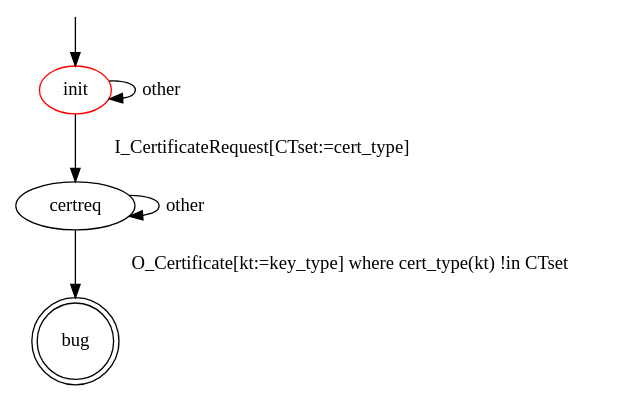
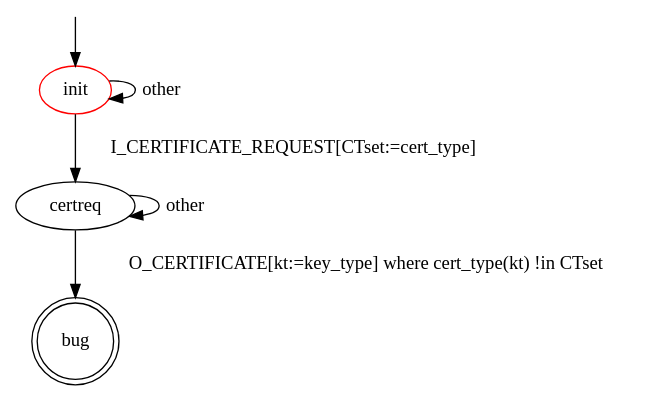
Before and after one commit to assist-project/state-machine-bug-finder: the diagram in src/main/resources/patterns/dtls/client/parametric/wrong_certificate_type.dot, drawn with Graphviz. The commit also changed 53 other files, not shown here.

```diff
--- a/src/main/resources/patterns/dtls/client/parametric/wrong_certificate_type.dot
+++ b/src/main/resources/patterns/dtls/client/parametric/wrong_certificate_type.dot
@@ -1,14 +1,14 @@
 digraph G {
 label=""
 init [color="red"]
 bug [shape="doublecircle"]
 
-init -> certreq [label="I_CertificateRequest[CTset:=cert_type]"]
+init -> certreq [label="I_CERTIFICATE_REQUEST[CTset:=cert_type]"]
 init -> init [label="other"]
 
 certreq -> certreq [label="other"]
-certreq -> bug [label="O_Certificate[kt:=key_type] where cert_type(kt) !in CTset"]
+certreq -> bug [label="O_CERTIFICATE[kt:=key_type] where cert_type(kt) !in CTset"]
 
 __start0 [label="" shape="none" width="0" height="0"];
 __start0 -> init;
 }
```
